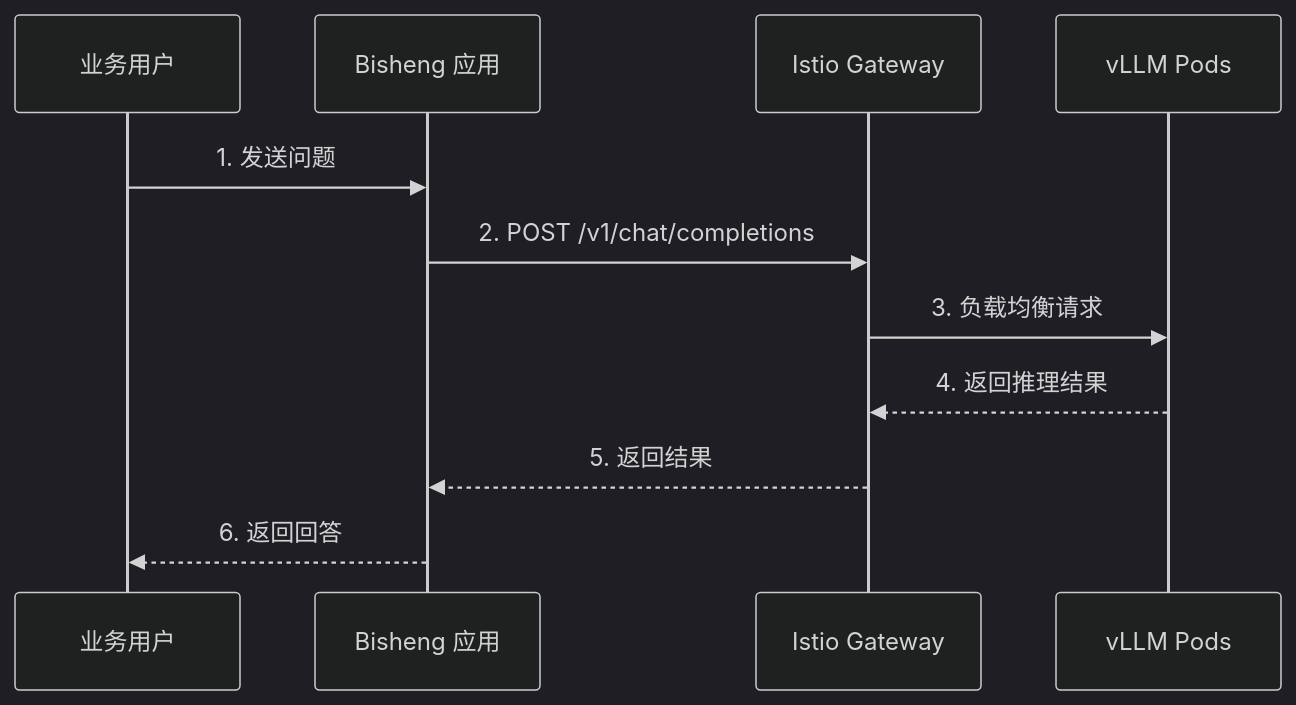
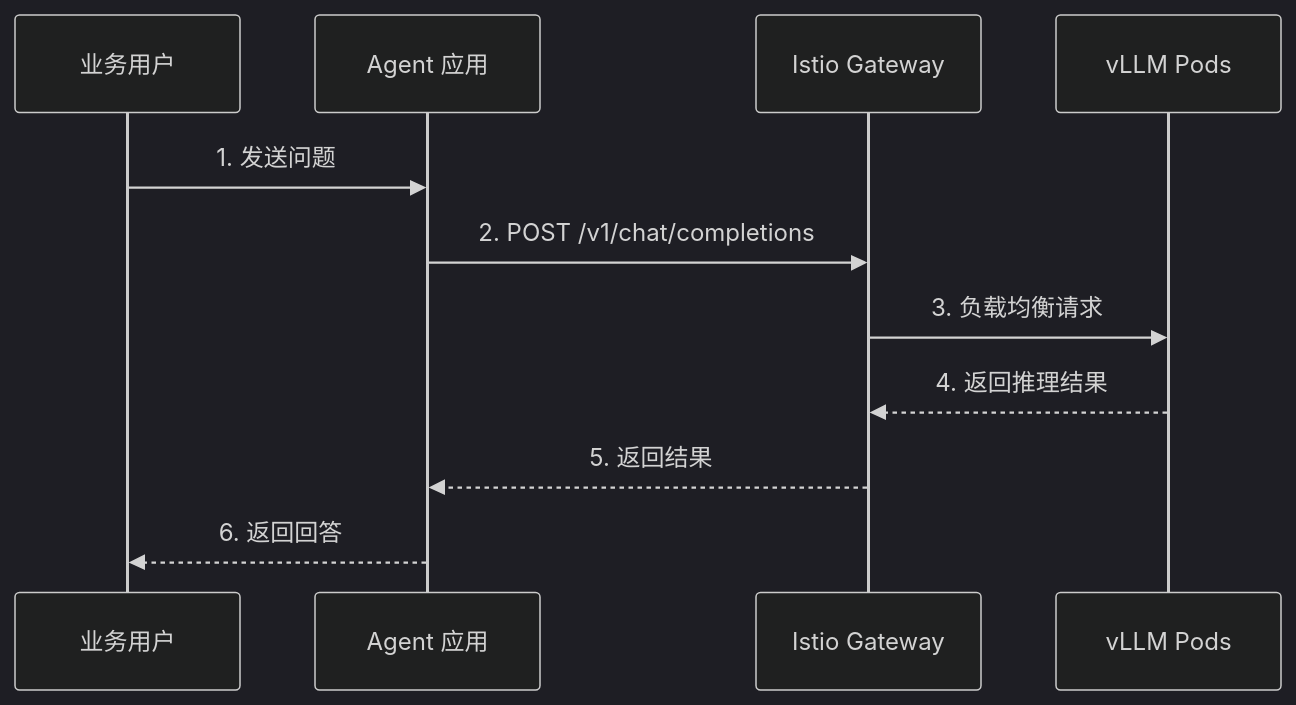
Before and after one commit to iannil/one-data-studio: the second of 2 diagrams in docs/02-integration/model-agent.md, drawn with Mermaid (dark theme). The commit also changed other lines of this file and 58 other files, not shown here.

````diff
--- a/docs/02-integration/model-agent.md
+++ b/docs/02-integration/model-agent.md
@@ -63,14 +63,14 @@
 ```mermaid
 sequenceDiagram
     participant User as 业务用户
-    participant Bisheng as Bisheng 应用
+    participant Agent as Agent 应用
     participant Gateway as Istio Gateway
     participant vLLM as vLLM Pods
 
-    User->>Bisheng: 1. 发送问题
-    Bisheng->>Gateway: 2. POST /v1/chat/completions
+    User->>Agent: 1. 发送问题
+    Agent->>Gateway: 2. POST /v1/chat/completions
     Gateway->>vLLM: 3. 负载均衡请求
     vLLM-->>Gateway: 4. 返回推理结果
-    Gateway-->>Bisheng: 5. 返回结果
-    Bisheng-->>User: 6. 返回回答
+    Gateway-->>Agent: 5. 返回结果
+    Agent-->>User: 6. 返回回答
 ```
````
